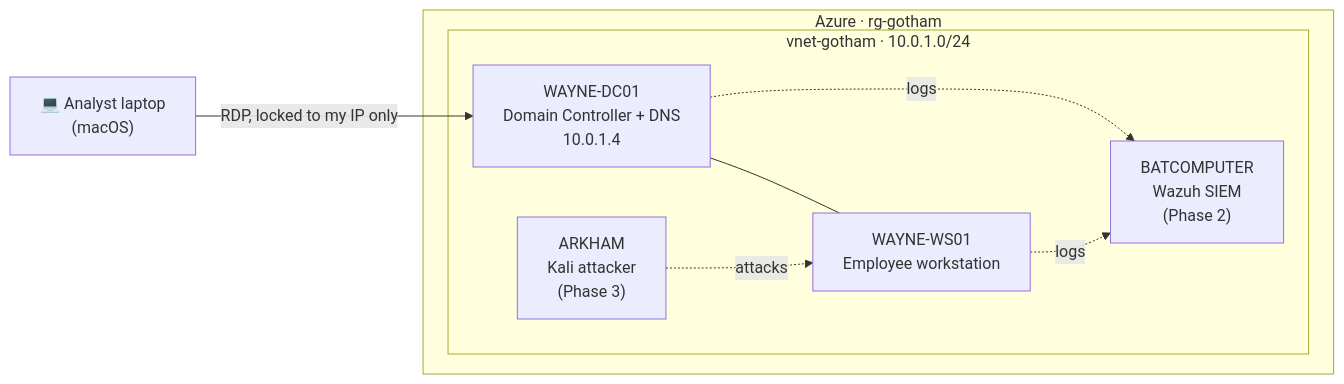
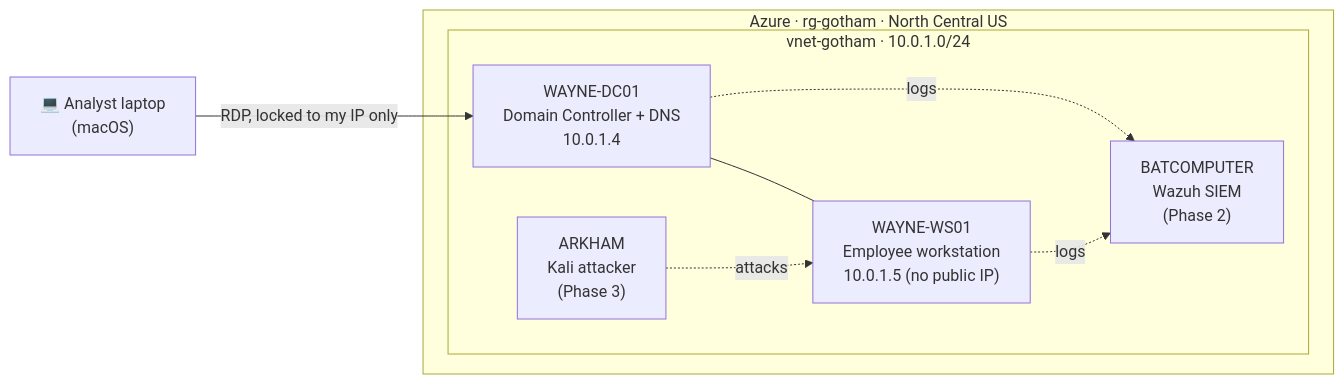
One commit to surenadehghan/wayne-enterprises-soc-lab changed the diagram in README.md. Above: the diagram before and after it, drawn with Mermaid. The commit also changed other lines of this file and 2 other files, not shown here.

````diff
--- a/README.md
+++ b/README.md
@@ -13,18 +13,18 @@
 ```mermaid
 flowchart LR
   you["💻 Analyst laptop<br/>(macOS)"] -->|"RDP, locked to my IP only"| dc
 
-  subgraph azure["Azure · rg-gotham"]
+  subgraph azure["Azure · rg-gotham · North Central US"]
     subgraph vnet["vnet-gotham · 10.0.1.0/24"]
       dc["WAYNE-DC01<br/>Domain Controller + DNS<br/>10.0.1.4"]
-      ws["WAYNE-WS01<br/>Employee workstation"]
+      ws["WAYNE-WS01<br/>Employee workstation<br/>10.0.1.5 (no public IP)"]
       bat["BATCOMPUTER<br/>Wazuh SIEM<br/>(Phase 2)"]
       kali["ARKHAM<br/>Kali attacker<br/>(Phase 3)"]
     end
   end
 
   dc --- ws
   ws -.->|logs| bat
   dc -.->|logs| bat
   kali -.->|attacks| ws
 ```
````
